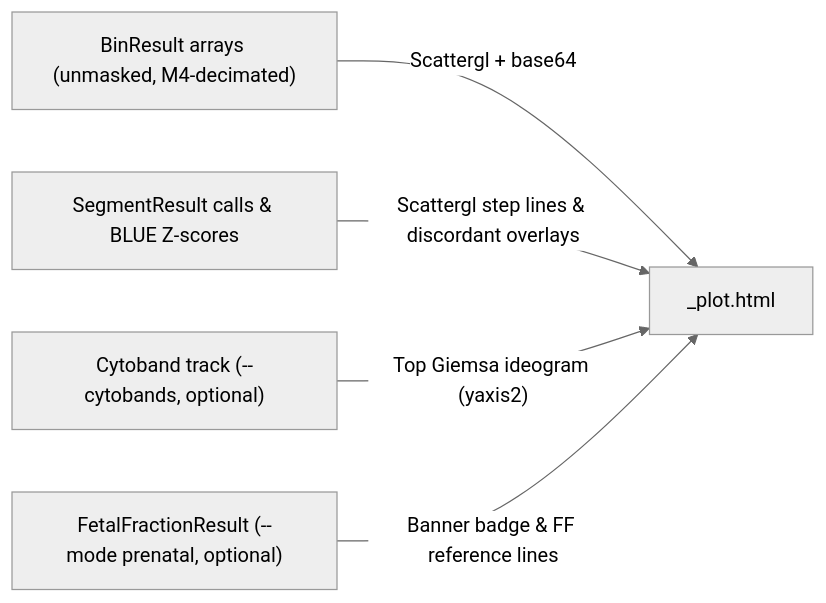
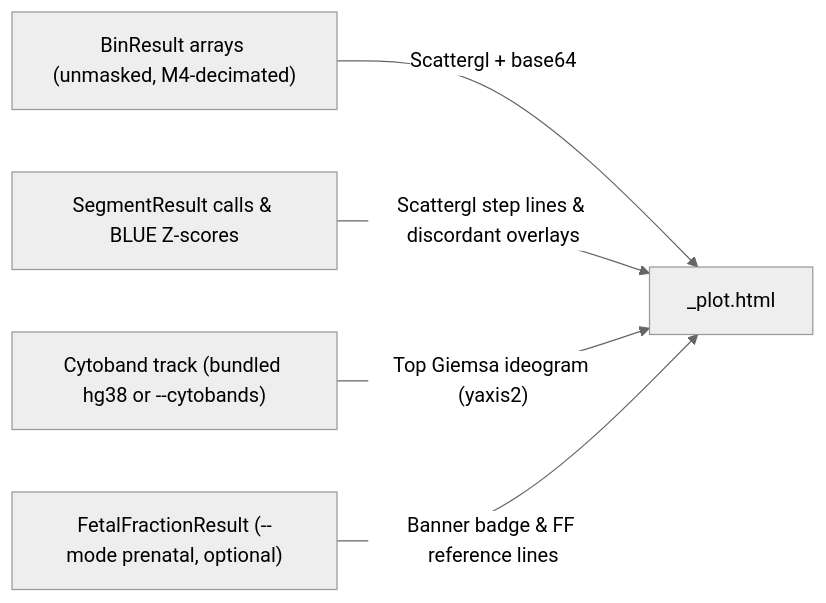
One commit to matthdsm/ccnv changed the diagram in docs/visualization.md. Above: the diagram before and after it, drawn with Mermaid (neutral theme). The commit also changed other lines of this file and 17 other files, not shown here.

````diff
--- a/docs/visualization.md
+++ b/docs/visualization.md
@@ -5,7 +5,7 @@
 ```mermaid
 flowchart LR
     BINS["BinResult arrays (unmasked, M4-decimated)"] -->|Scattergl + base64| HTML["<prefix>_plot.html"]
     SEGS["SegmentResult calls & BLUE Z-scores"] -->|"Scattergl step lines & discordant overlays"| HTML
-    CYTO["Cytoband track (--cytobands, optional)"] -->|"Top Giemsa ideogram (yaxis2)"| HTML
+    CYTO["Cytoband track (bundled hg38 or --cytobands)"] -->|"Top Giemsa ideogram (yaxis2)"| HTML
     PRE["FetalFractionResult (--mode prenatal, optional)"] -->|"Banner badge & FF reference lines"| HTML
 ```
````
